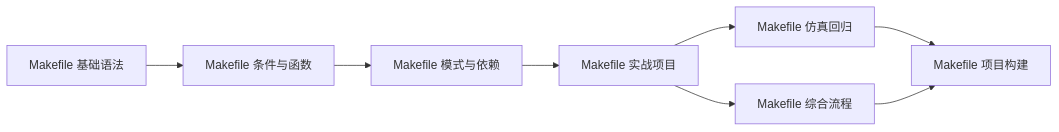
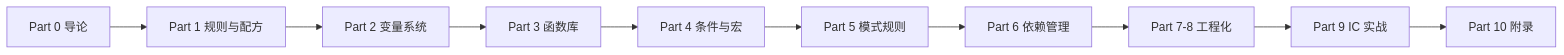
The diagram in tools/工具与脚本.md (AuroraYaus/ic), drawn with Mermaid before and after one commit. The commit also changed other lines of this file and 33 other files, not shown here.

````diff
--- a/tools/工具与脚本.md
+++ b/tools/工具与脚本.md
@@ -42,10 +92,13 @@
 ```mermaid
+%%{init: {'theme': 'default'}}%%
 flowchart LR
-    A[Makefile 基础语法] --> B[Makefile 条件与函数]
-    B --> C[Makefile 模式与依赖]
-    C --> D[Makefile 实战项目]
-    D --> E[Makefile 仿真回归]
-    D --> F[Makefile 综合流程]
-    E --> G[Makefile 项目构建]
-    F --> G
+    A[Part 0 导论] --> B[Part 1 规则与配方]
+    B --> C[Part 2 变量系统]
+    C --> D[Part 3 函数库]
+    D --> E[Part 4 条件与宏]
+    E --> F[Part 5 模式规则]
+    F --> G[Part 6 依赖管理]
+    G --> H[Part 7-8 工程化]
+    H --> I[Part 9 IC 实战]
+    I --> J[Part 10 附录]
 ```
````
